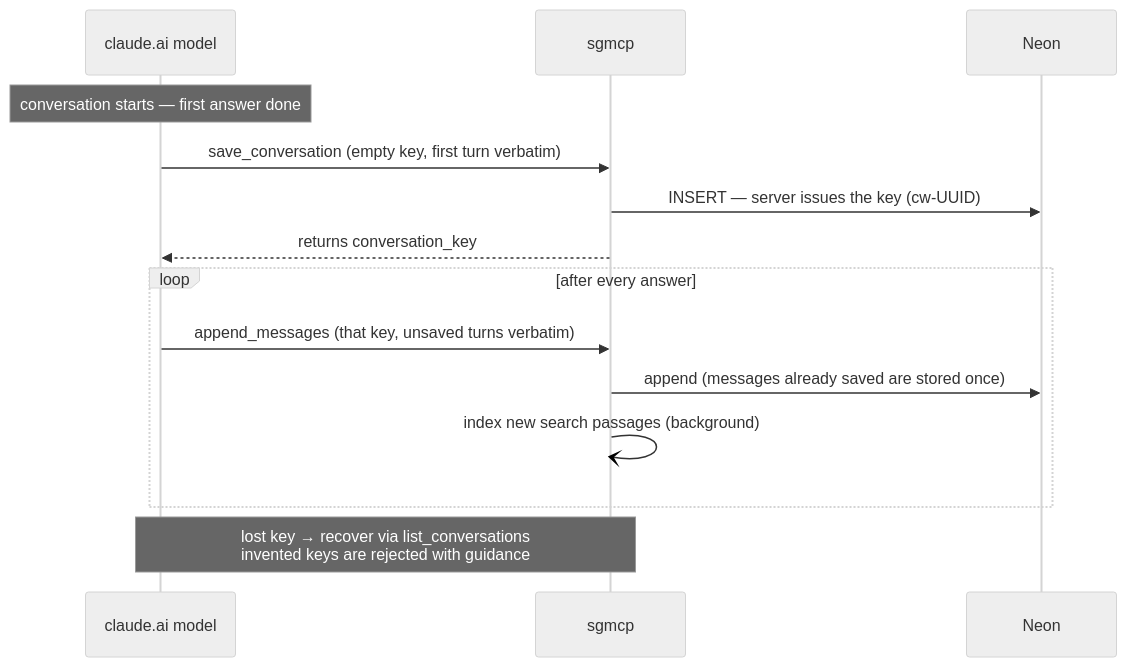
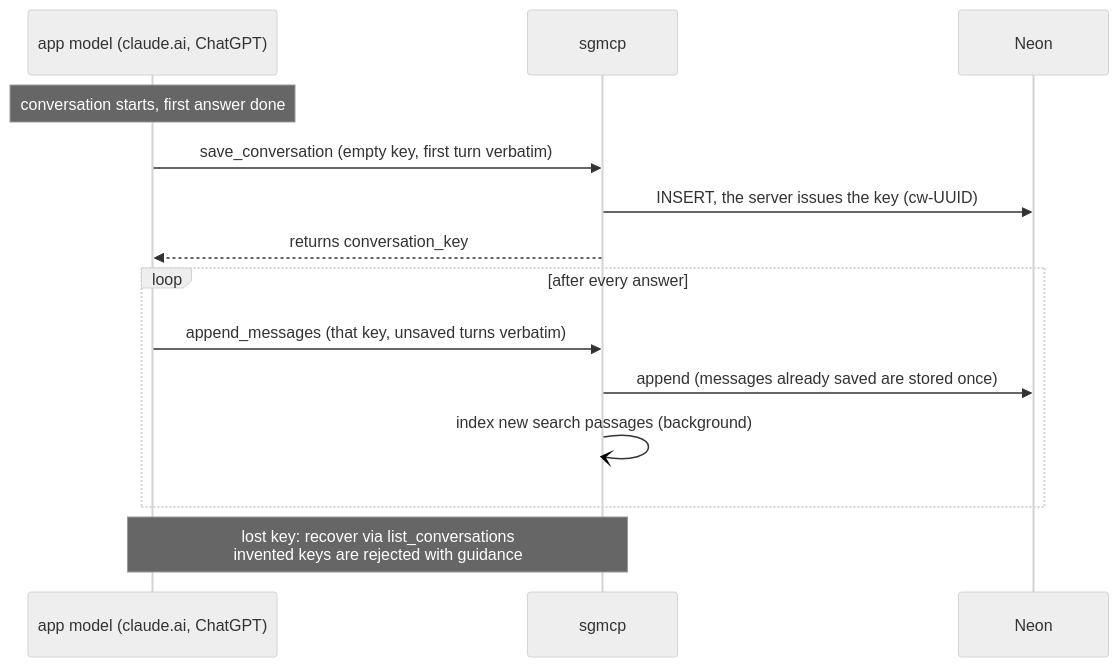
Before and after one commit to seung-gu/sgmcp: the first of 4 diagrams in ARCHITECTURE.md, drawn with Mermaid (neutral theme). The commit also changed other lines of this file and 15 other files, not shown here.

First line of the commit message:
Lead the architecture doc with a flow overview and add a Korean version

````diff
--- a/ARCHITECTURE.md
+++ b/ARCHITECTURE.md
@@ -54,19 +39,19 @@
 ```mermaid
 sequenceDiagram
-    participant F as claude.ai model
+    participant F as app model (claude.ai, ChatGPT)
     participant S as sgmcp
     participant DB as Neon
 
-    Note over F: conversation starts — first answer done
+    Note over F: conversation starts, first answer done
     F->>S: save_conversation (empty key, first turn verbatim)
-    S->>DB: INSERT — server issues the key (cw-UUID)
+    S->>DB: INSERT, the server issues the key (cw-UUID)
     S-->>F: returns conversation_key
 
     loop after every answer
         F->>S: append_messages (that key, unsaved turns verbatim)
         S->>DB: append (messages already saved are stored once)
         S-)S: index new search passages (background)
     end
 
-    Note over F,S: lost key → recover via list_conversations<br/>invented keys are rejected with guidance
+    Note over F,S: lost key: recover via list_conversations<br/>invented keys are rejected with guidance
 ```
````
